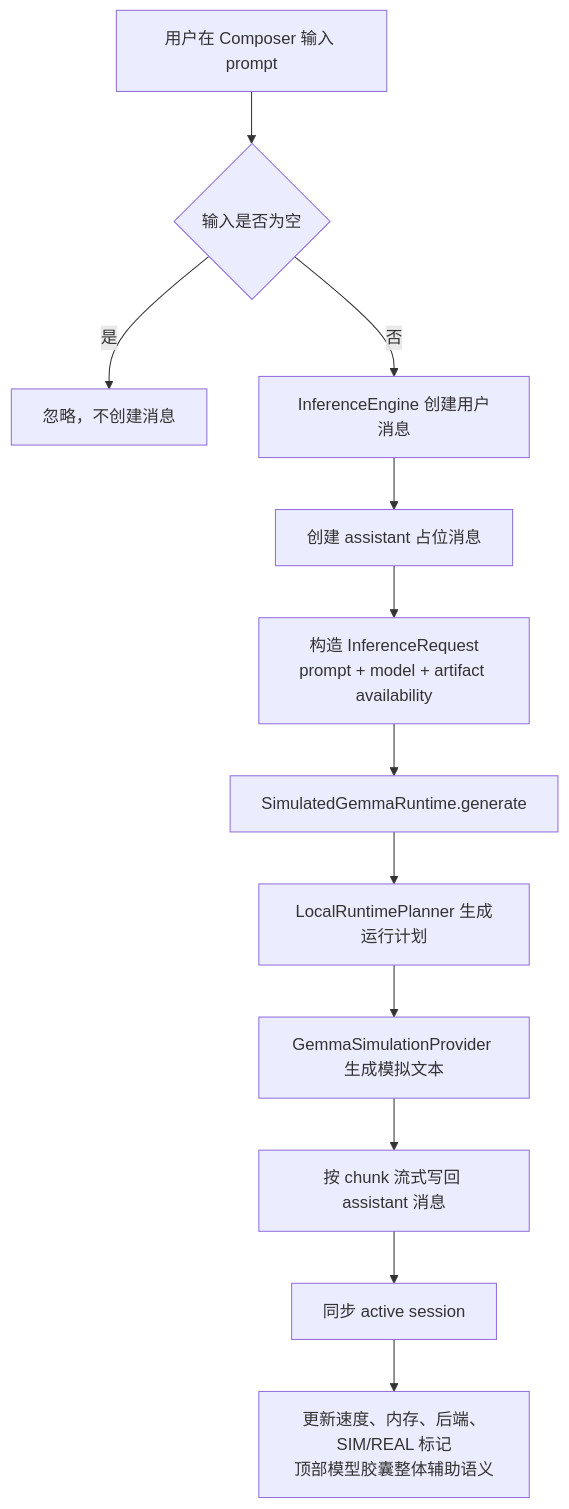
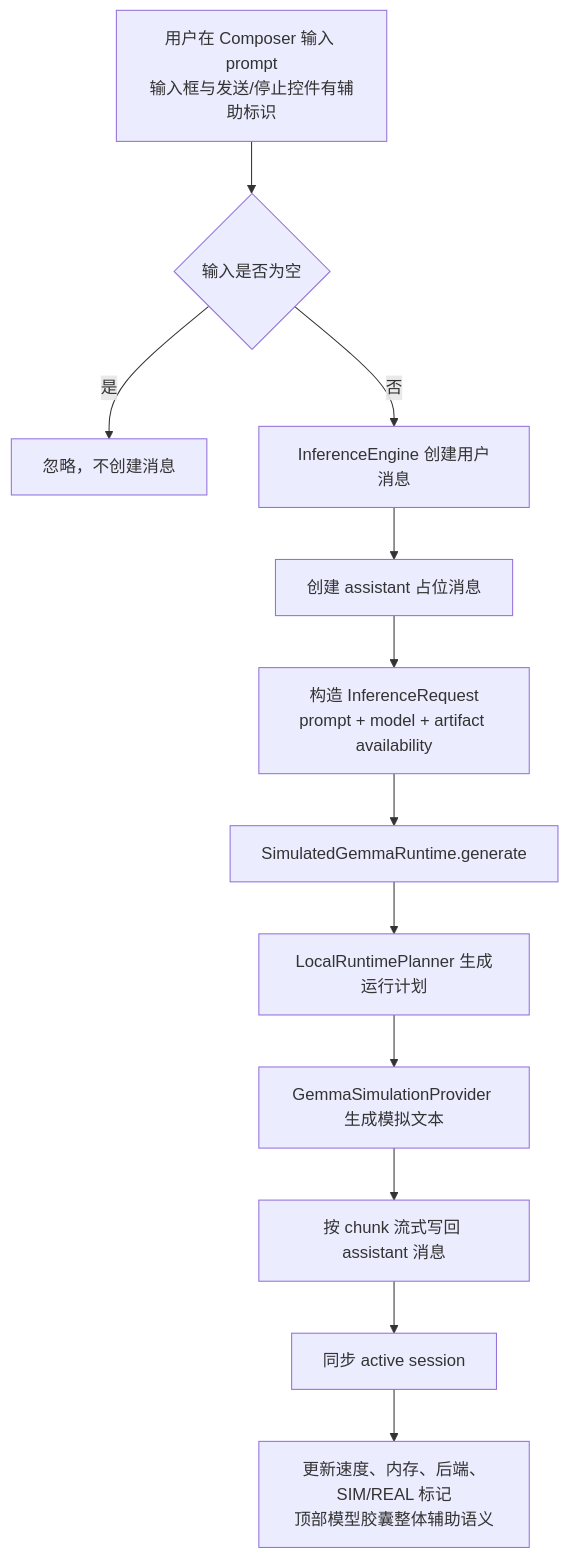
One commit to Altman-sam114/113 changed the third of 9 diagrams in md/flow/flowchart.md. Above: the diagram before and after it, drawn with Mermaid. The commit also changed other lines of this file and 8 other files, not shown here.

````diff
--- a/md/flow/flowchart.md
+++ b/md/flow/flowchart.md
@@ -49,14 +49,14 @@
 ```mermaid
 flowchart TD
-    A[用户在 Composer 输入 prompt] --> B{输入是否为空}
+    A[用户在 Composer 输入 prompt<br/>输入框与发送/停止控件有辅助标识] --> B{输入是否为空}
     B -- 是 --> C[忽略，不创建消息]
     B -- 否 --> D[InferenceEngine 创建用户消息]
     D --> E[创建 assistant 占位消息]
     E --> F[构造 InferenceRequest<br/>prompt + model + artifact availability]
     F --> G[SimulatedGemmaRuntime.generate]
     G --> H[LocalRuntimePlanner 生成运行计划]
     H --> I[GemmaSimulationProvider 生成模拟文本]
     I --> J[按 chunk 流式写回 assistant 消息]
     J --> K[同步 active session]
     K --> L[更新速度、内存、后端、SIM/REAL 标记<br/>顶部模型胶囊整体辅助语义]
 ```
````
